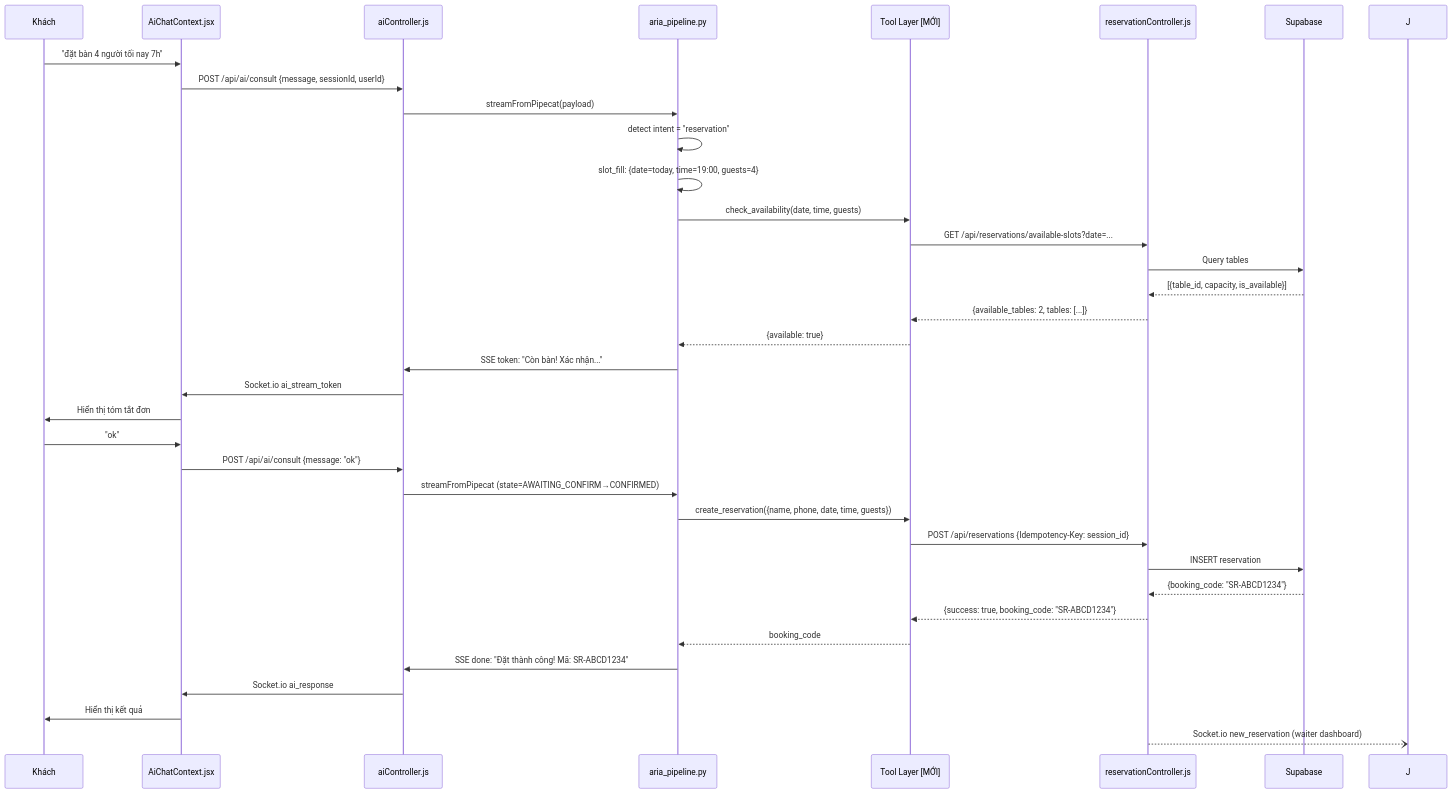
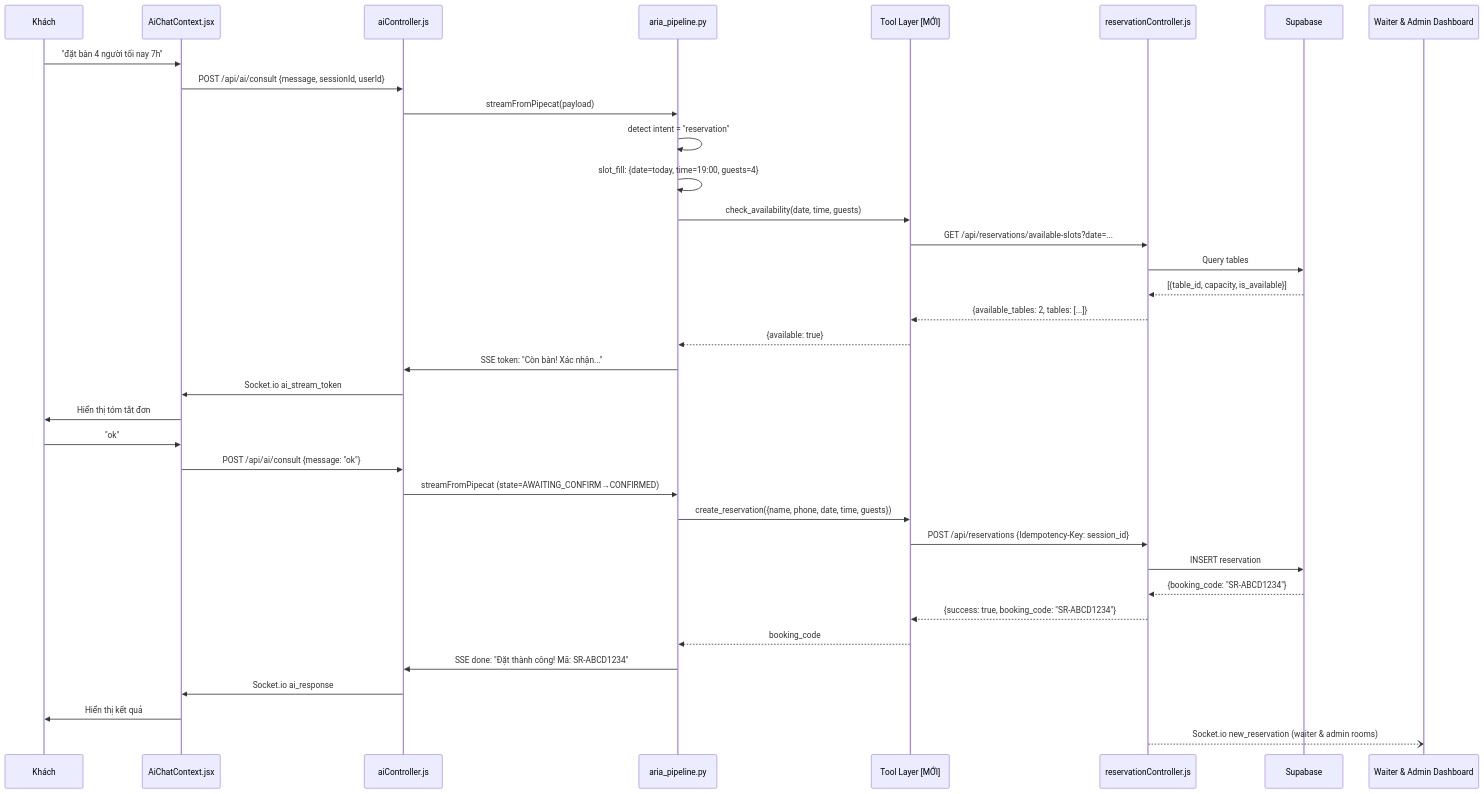
The second of 2 diagrams in docs/plan/proposal-ai-dat-ban.md (LCHLong/SmartRestaurant), drawn with Mermaid before and after one commit. The commit also changed other lines of this file and 1 other file, not shown here.

Commit message:
docs: update AI table reservation proposal and development notes

````diff
--- a/docs/plan/proposal-ai-dat-ban.md
+++ b/docs/plan/proposal-ai-dat-ban.md
@@ -289,45 +354,46 @@
 ```mermaid
 sequenceDiagram
     participant K as Khách
     participant FE as AiChatContext.jsx
     participant BE as aiController.js
     participant AI as aria_pipeline.py
     participant TL as Tool Layer [MỚI]
     participant API as reservationController.js
     participant DB as Supabase
+    participant DASH as Waiter & Admin Dashboard
 
     K->>FE: "đặt bàn 4 người tối nay 7h"
     FE->>BE: POST /api/ai/consult {message, sessionId, userId}
     BE->>AI: streamFromPipecat(payload)
     
     AI->>AI: detect intent = "reservation"
     AI->>AI: slot_fill: {date=today, time=19:00, guests=4}
     
     AI->>TL: check_availability(date, time, guests)
     TL->>API: GET /api/reservations/available-slots?date=...
     API->>DB: Query tables
     DB-->>API: [{table_id, capacity, is_available}]
     API-->>TL: {available_tables: 2, tables: [...]}
     TL-->>AI: {available: true}
     
     AI->>BE: SSE token: "Còn bàn! Xác nhận..."
     BE->>FE: Socket.io ai_stream_token
     FE->>K: Hiển thị tóm tắt đơn
     
     K->>FE: "ok"
     FE->>BE: POST /api/ai/consult {message: "ok"}
     BE->>AI: streamFromPipecat (state=AWAITING_CONFIRM→CONFIRMED)
     
     AI->>TL: create_reservation({name, phone, date, time, guests})
     TL->>API: POST /api/reservations {Idempotency-Key: session_id}
     API->>DB: INSERT reservation
     DB-->>API: {booking_code: "SR-ABCD1234"}
     API-->>TL: {success: true, booking_code: "SR-ABCD1234"}
     TL-->>AI: booking_code
     
     AI->>BE: SSE done: "Đặt thành công! Mã: SR-ABCD1234"
     BE->>FE: Socket.io ai_response
     FE->>K: Hiển thị kết quả
     
-    API--)J: Socket.io new_reservation (waiter dashboard)
+    API--)DASH: Socket.io new_reservation (waiter & admin rooms)
 ```
````
